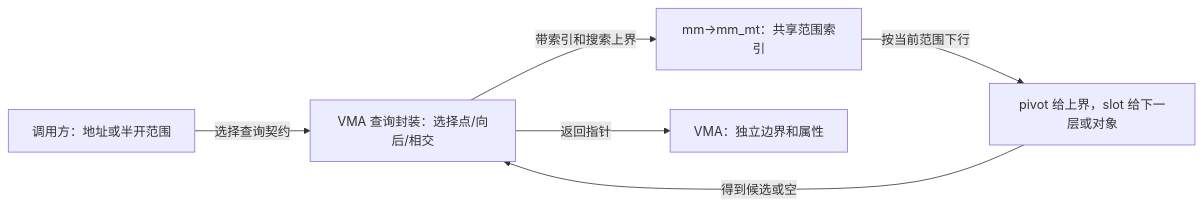
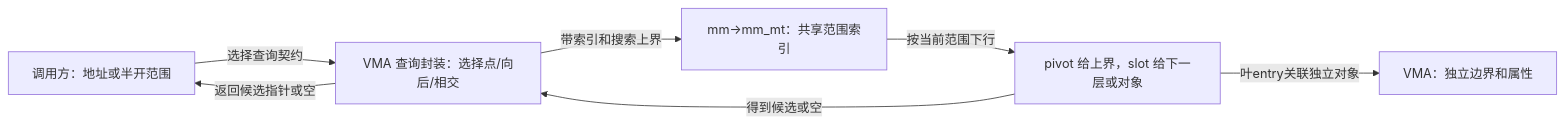
Before and after one commit to FormingSystem/linux_note: the diagram in research/source_reading/maple_tree/navigation/P02_范围契约与查询入口.md, drawn with Mermaid. The commit also changed other lines of this file and 8 other files, not shown here.

````diff
--- a/research/source_reading/maple_tree/navigation/P02_范围契约与查询入口.md
+++ b/research/source_reading/maple_tree/navigation/P02_范围契约与查询入口.md
@@ -28,13 +28,14 @@
 ```mermaid
 flowchart LR
     input["调用方：地址或半开范围"]
     query["VMA 查询封装：选择点/向后/相交"]
     tree["mm->mm_mt：共享范围索引"]
     node["pivot 给上界，slot 给下一层或对象"]
     object["VMA：独立边界和属性"]
     input -->|"选择查询契约"| query
     query -->|"带索引和搜索上界"| tree
     tree -->|"按当前范围下行"| node
     node -->|"得到候选或空"| query
-    query -->|"返回指针"| object
+    node -->|"叶entry关联独立对象"| object
+    query -->|"返回候选指针或空"| input
 ```
````
